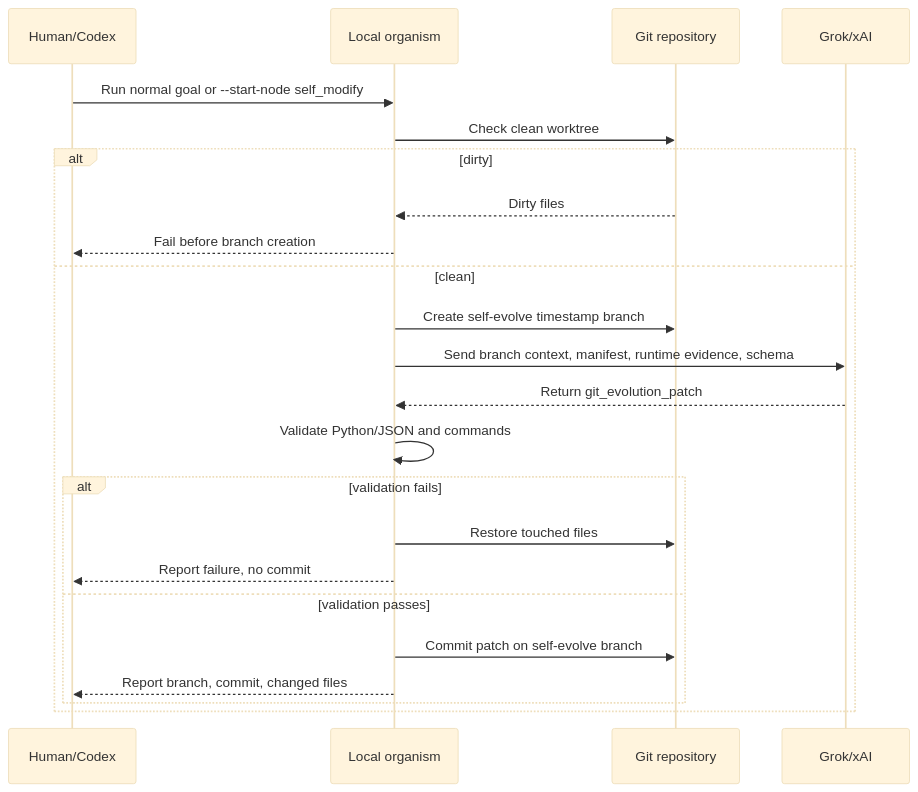
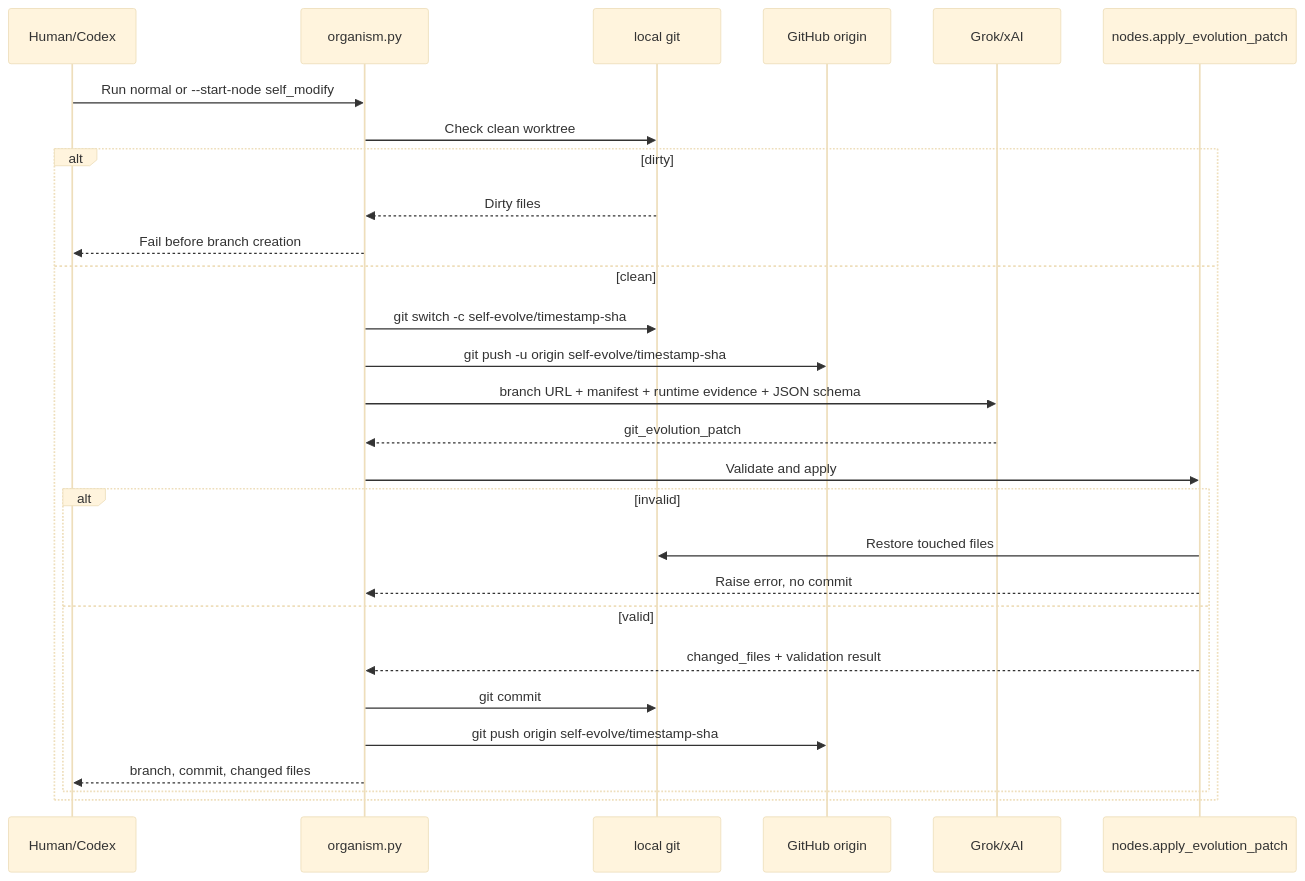
Before and after one commit to wgabrys88/endgame-ai: the fourth of 4 diagrams in README.md, drawn with Mermaid (base theme). The commit also changed other lines of this file and 9 other files, not shown here.

````diff
--- a/README.md
+++ b/README.md
@@ -147,26 +213,31 @@
 ```mermaid
 sequenceDiagram
     participant Human as Human/Codex
-    participant Org as Local organism
-    participant Git as Git repository
+    participant Org as organism.py
+    participant Git as local git
+    participant GH as GitHub origin
     participant Grok as Grok/xAI
+    participant Apply as nodes.apply_evolution_patch
 
-    Human->>Org: Run normal goal or --start-node self_modify
+    Human->>Org: Run normal or --start-node self_modify
     Org->>Git: Check clean worktree
     alt dirty
         Git-->>Org: Dirty files
         Org-->>Human: Fail before branch creation
     else clean
-        Org->>Git: Create self-evolve timestamp branch
-        Org->>Grok: Send branch context, manifest, runtime evidence, schema
-        Grok-->>Org: Return git_evolution_patch
-        Org->>Org: Validate Python/JSON and commands
-        alt validation fails
-            Org->>Git: Restore touched files
-            Org-->>Human: Report failure, no commit
-        else validation passes
-            Org->>Git: Commit patch on self-evolve branch
-            Org-->>Human: Report branch, commit, changed files
+        Org->>Git: git switch -c self-evolve/timestamp-sha
+        Org->>GH: git push -u origin self-evolve/timestamp-sha
+        Org->>Grok: branch URL + manifest + runtime evidence + JSON schema
+        Grok-->>Org: git_evolution_patch
+        Org->>Apply: Validate and apply
+        alt invalid
+            Apply->>Git: Restore touched files
+            Apply-->>Org: Raise error, no commit
+        else valid
+            Apply-->>Org: changed_files + validation result
+            Org->>Git: git commit
+            Org->>GH: git push origin self-evolve/timestamp-sha
+            Org-->>Human: branch, commit, changed files
         end
     end
 ```
````
